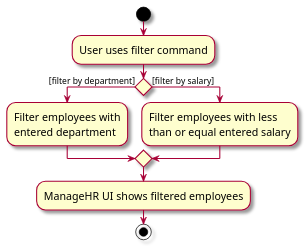
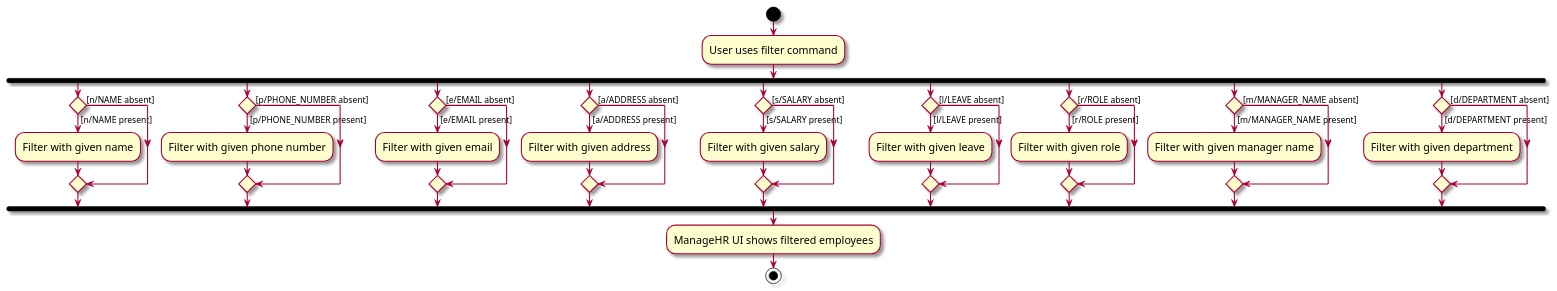
The diagram in docs/diagrams/FilterActivityDiagram.puml (nus-cs2103-AY2324S1/tp), drawn with PlantUML before and after one commit. The commit also changed 4 other files, not shown here.

```diff
--- a/docs/diagrams/FilterActivityDiagram.puml
+++ b/docs/diagrams/FilterActivityDiagram.puml
@@ -1,18 +1,58 @@
 @startuml
 'https://plantuml.com/activity-diagram-beta
 skin rose
 skinparam ActivityFontSize 15
 skinparam ArrowFontSize 12
 start
 :User uses filter command;
-if () then ([filter by department])
-    :Filter employees with
-    entered department;
-else ([filter by salary])
-    :Filter employees with less
-    than or equal entered salary;
-endif
+fork
+    if () then ([n/NAME present])
+        :Filter with given name;
+    else ([n/NAME absent])
+    endif
+fork again
+    if () then ([p/PHONE_NUMBER present])
+        :Filter with given phone number;
+    else ([p/PHONE_NUMBER absent])
+    endif
+fork again
+    if () then ([e/EMAIL present])
+        :Filter with given email;
+    else ([e/EMAIL absent])
+    endif
+fork again
+    if () then ([a/ADDRESS present])
+        :Filter with given address;
+    else ([a/ADDRESS absent])
+    endif
+fork again
+    if () then ([s/SALARY present])
+        :Filter with given salary;
+    else ([s/SALARY absent])
+    endif
+fork again
+    if () then ([l/LEAVE present])
+        :Filter with given leave;
+    else ([l/LEAVE absent])
+    endif
+fork again
+    if () then ([r/ROLE present])
+        :Filter with given role;
+    else ([r/ROLE absent])
+    endif
+fork again
+    if () then ([m/MANAGER_NAME present])
+        :Filter with given manager name;
+    else ([m/MANAGER_NAME absent])
+    endif
+fork again
+    if () then ([d/DEPARTMENT present])
+        :Filter with given department;
+    else ([d/DEPARTMENT absent])
+    endif
+end fork
+
 :ManageHR UI shows filtered employees;
 stop
 
 @enduml
```
